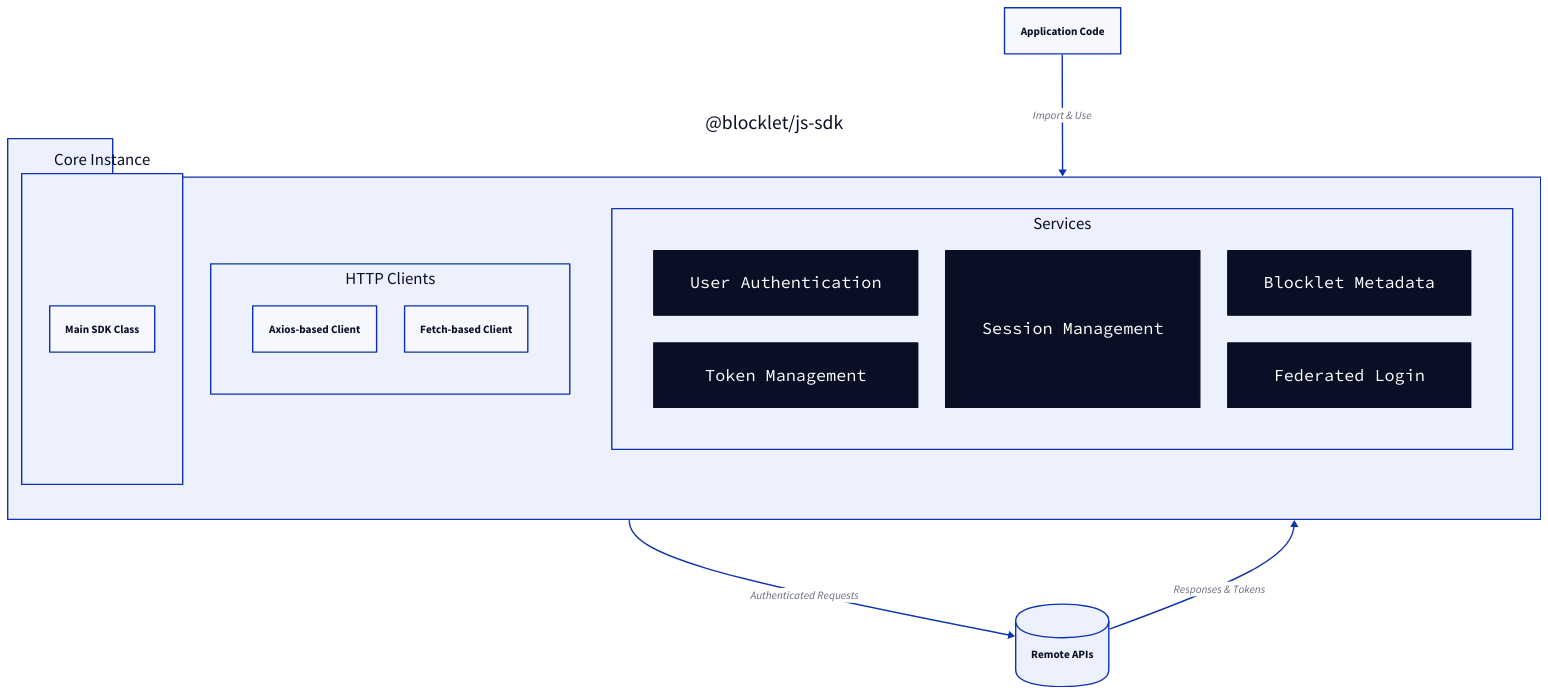
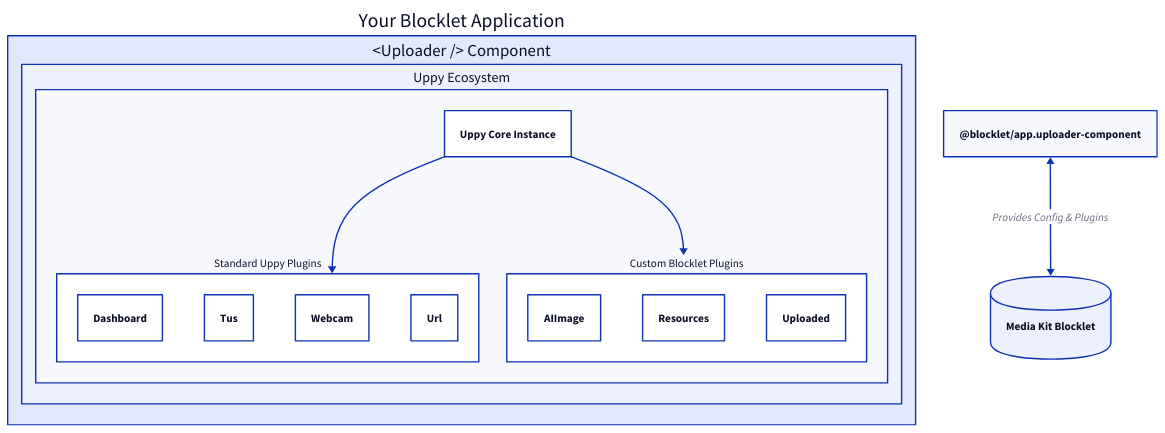
One commit to AIGNE-io/aigne-doc-smith changed diagram 18 of 32 in prompts/document/d2-chart/rules.md. Above: the diagram before and after it, drawn with D2. The commit also changed other lines of this file and 9 other files, not shown here.

````diff
--- a/prompts/document/d2-chart/rules.md
+++ b/prompts/document/d2-chart/rules.md
@@ -199,53 +397,49 @@
-      ```d2
-      direction: down
+  ```d2
+  direction: down
 
-      "SDK": "@blocklet/js-sdk" {
-        shape: package
-        
-        "Core Instance": {
+  "@blocklet/app": {
+    label: "Your Blocklet Application"
+    shape: rectangle
+
+    "uploader-component": {
+      label: "<Uploader /> Component"
+      shape: rectangle
+
+      "uppy-ecosystem": {
+        label: "Uppy Ecosystem"
+        shape: rectangle
+
+        "uppy-core": {
+          label: "Uppy Core Instance"
+        }
+
+        "standard-plugins": {
+          label: "Standard Uppy Plugins"
           shape: rectangle
-          "BlockletSDK": "Main SDK Class"
+          "Dashboard": {}
+          "Tus": {}
+          "Webcam": {}
+          "Url": {}
         }
-        
-        "Services": {
-          grid-columns: 3
-          "AuthService": "User Authentication" {
-            shape: class
-          }
-          "TokenService": "Token Management" {
-            shape: class  
-          }
-          "UserSessionService": "Session Management" {
-            shape: class
-          }
-          "BlockletService": "Blocklet Metadata" {
-            shape: class
-          }
-          "FederatedService": "Federated Login" {
-            shape: class
-          }
+
+        "custom-plugins": {
+          label: "Custom Blocklet Plugins"
+          shape: rectangle
+          "AIImage": {}
+          "Resources": {}
+          "Uploaded": {}
         }
-        
-        "HTTP Clients": {
-          grid-columns: 2
-          "createAxios": "Axios-based Client" {
-            shape: rectangle
-          }
-          "createFetch": "Fetch-based Client" {
-            shape: rectangle
-          }
-        }
+
+        "uppy-core" -> "standard-plugins"
+        "uppy-core" -> "custom-plugins"
       }
+    }
+  }
 
-      "Your App": "Application Code" {
-        shape: rectangle
-      }
+  "media-kit": {
+    label: "Media Kit Blocklet"
+    shape: cylinder
+  }
 
-      "Blocklet Services": "Remote APIs" {
-        shape: cylinder
-      }
-
-      "Your App" -> "SDK": "Import & Use"
-      "SDK" -> "Blocklet Services": "Authenticated Requests"
-      "Blocklet Services" -> "SDK": "Responses & Tokens"
-      ```
+  "@blocklet/app.uploader-component" <-> media-kit: "Provides Config & Plugins"
+  ```
````
